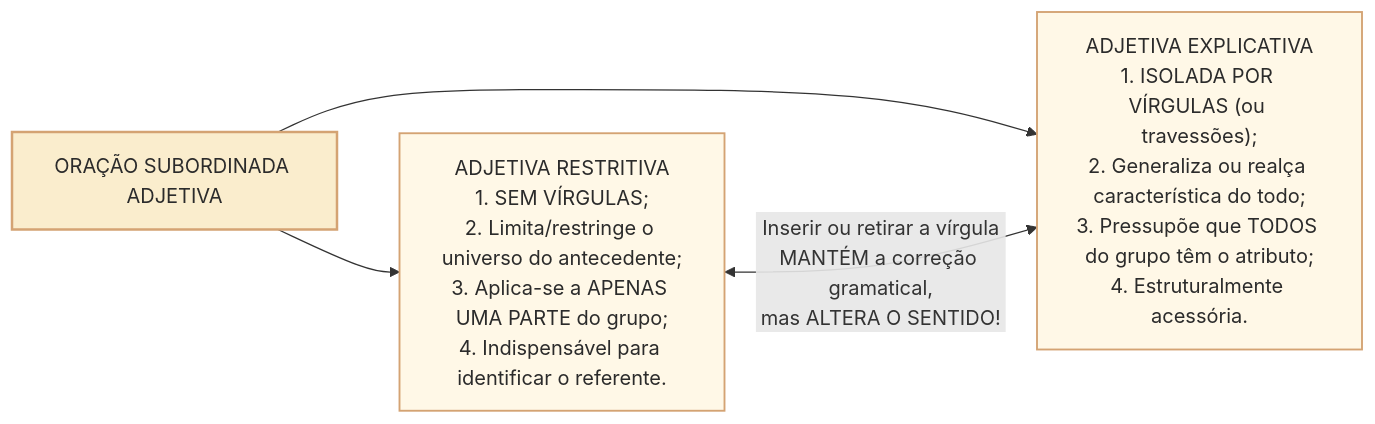
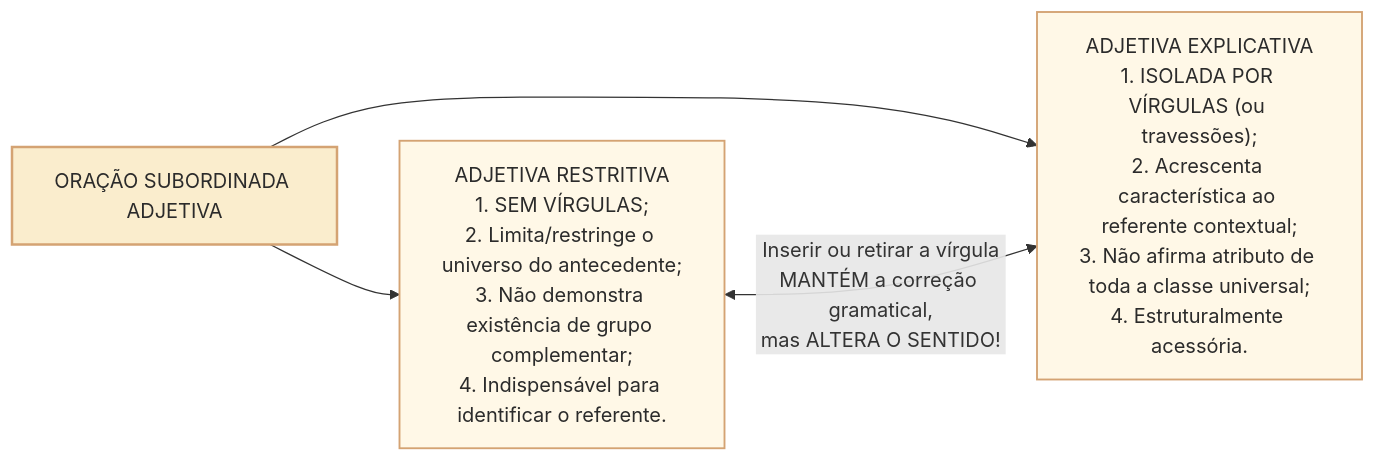
The second of 2 diagrams in 3 - Materias/Portugues/25 - subordinacao substantiva adjetiva e adverbial.md (leorruas/concursos), drawn with Mermaid before and after one commit. The commit also changed other lines of this file, not shown here.

````diff
--- a/3 - Materias/Portugues/25 - subordinacao substantiva adjetiva e adverbial.md
+++ b/3 - Materias/Portugues/25 - subordinacao substantiva adjetiva e adverbial.md
@@ -75,13 +75,13 @@
 ```mermaid
 flowchart LR
     classDef default fill:#fff8e7,stroke:#d4a373,stroke-width:1.5px,color:#2b2b2b;
     classDef destaque fill:#faedcd,stroke:#d4a373,stroke-width:2px,color:#2b2b2b;
 
     ADJ["ORAÇÃO SUBORDINADA ADJETIVA"]:::destaque
 
-    REST["ADJETIVA RESTRITIVA<br>1. SEM VÍRGULAS;<br>2. Limita/restringe o universo do antecedente;<br>3. Aplica-se a APENAS UMA PARTE do grupo;<br>4. Indispensável para identificar o referente."]
-    EXPL["ADJETIVA EXPLICATIVA<br>1. ISOLADA POR VÍRGULAS (ou travessões);<br>2. Generaliza ou realça característica do todo;<br>3. Pressupõe que TODOS do grupo têm o atributo;<br>4. Estruturalmente acessória."]
+    REST["ADJETIVA RESTRITIVA<br>1. SEM VÍRGULAS;<br>2. Limita/restringe o universo do antecedente;<br>3. Não demonstra existência de grupo complementar;<br>4. Indispensável para identificar o referente."]
+    EXPL["ADJETIVA EXPLICATIVA<br>1. ISOLADA POR VÍRGULAS (ou travessões);<br>2. Acrescenta característica ao referente contextual;<br>3. Não afirma atributo de toda a classe universal;<br>4. Estruturalmente acessória."]
 
     ADJ --> REST & EXPL
     REST <-->|Inserir ou retirar a vírgula<br>MANTÉM a correção gramatical,<br>mas ALTERA O SENTIDO!| EXPL
 ```
````
